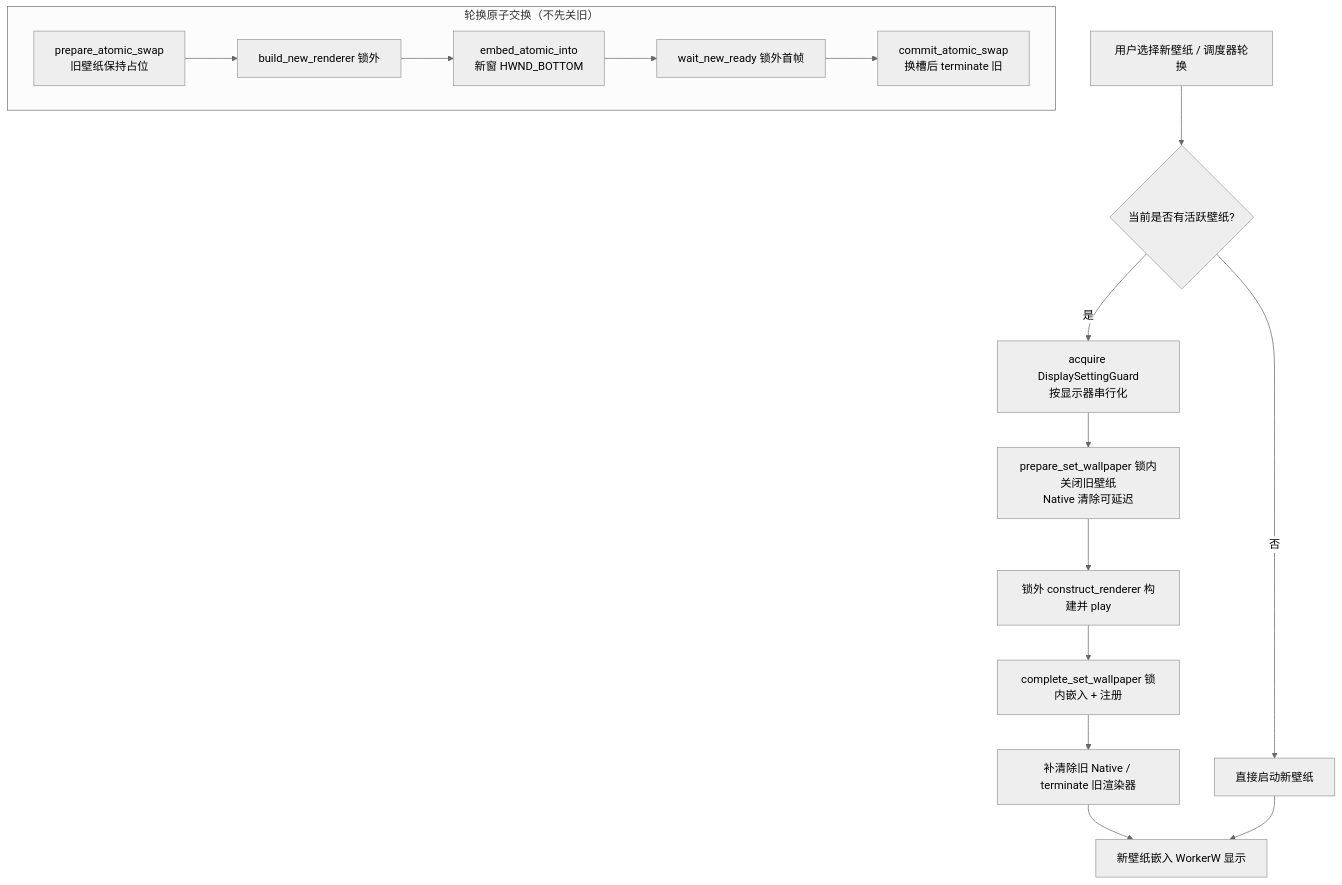
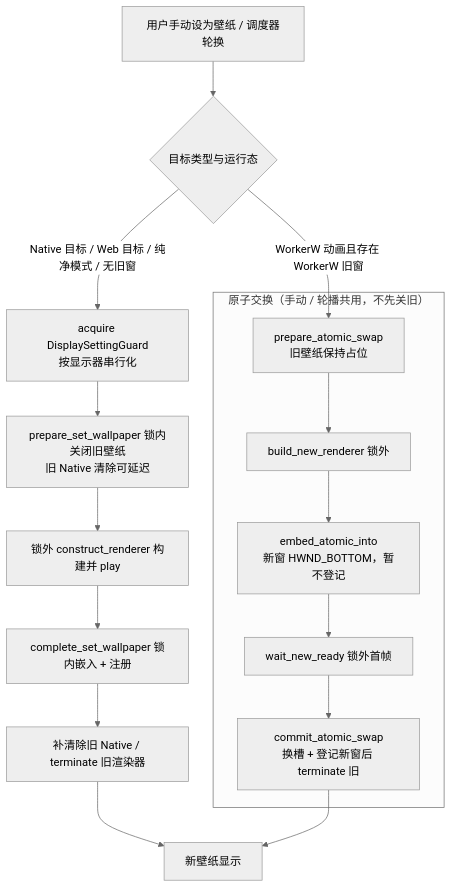
The third of 5 diagrams in docs/02-架构与技术栈/08-依赖与数据流-Dependency-and-Data-Flow.md (Wunseol/mirrorstar-wallpaper), drawn with Mermaid (neutral theme) before and after one commit. The commit also changed other lines of this file and 30 other files, not shown here.

````diff
--- a/docs/02-架构与技术栈/08-依赖与数据流-Dependency-and-Data-Flow.md
+++ b/docs/02-架构与技术栈/08-依赖与数据流-Dependency-and-Data-Flow.md
@@ -161,19 +161,19 @@
 ```mermaid
 flowchart TD
-    A[用户选择新壁纸 / 调度器轮换] --> B{当前是否有活跃壁纸?}
-    B -->|否| C[直接启动新壁纸]
-    B -->|是| D[acquire DisplaySettingGuard<br/>按显示器串行化]
-    D --> E[prepare_set_wallpaper 锁内关闭旧壁纸<br/>Native 清除可延迟]
+    A[用户手动设为壁纸 / 调度器轮换] --> B{目标类型与运行态}
+    B -->|WorkerW 动画且存在 WorkerW 旧窗| R1
+    B -->|Native 目标 / Web 目标 / 纯净模式 / 无旧窗| D[acquire DisplaySettingGuard<br/>按显示器串行化]
+    D --> E[prepare_set_wallpaper 锁内关闭旧壁纸<br/>旧 Native 清除可延迟]
     E --> F[锁外 construct_renderer 构建并 play]
     F --> G[complete_set_wallpaper 锁内嵌入 + 注册]
     G --> H[补清除旧 Native / terminate 旧渲染器]
-    H --> I[新壁纸嵌入 WorkerW 显示]
-    C --> I
+    H --> I[新壁纸显示]
 
-    subgraph ATOMIC["轮换原子交换（不先关旧）"]
+    subgraph ATOMIC["原子交换（手动 / 轮播共用，不先关旧）"]
       R1[prepare_atomic_swap<br/>旧壁纸保持占位] --> R2[build_new_renderer 锁外]
-      R2 --> R3[embed_atomic_into<br/>新窗 HWND_BOTTOM]
+      R2 --> R3[embed_atomic_into<br/>新窗 HWND_BOTTOM，暂不登记]
       R3 --> R4[wait_new_ready 锁外首帧]
-      R4 --> R5[commit_atomic_swap<br/>换槽后 terminate 旧]
+      R4 --> R5[commit_atomic_swap<br/>换槽 + 登记新窗后 terminate 旧]
     end
+    R5 --> I
 ```
````
